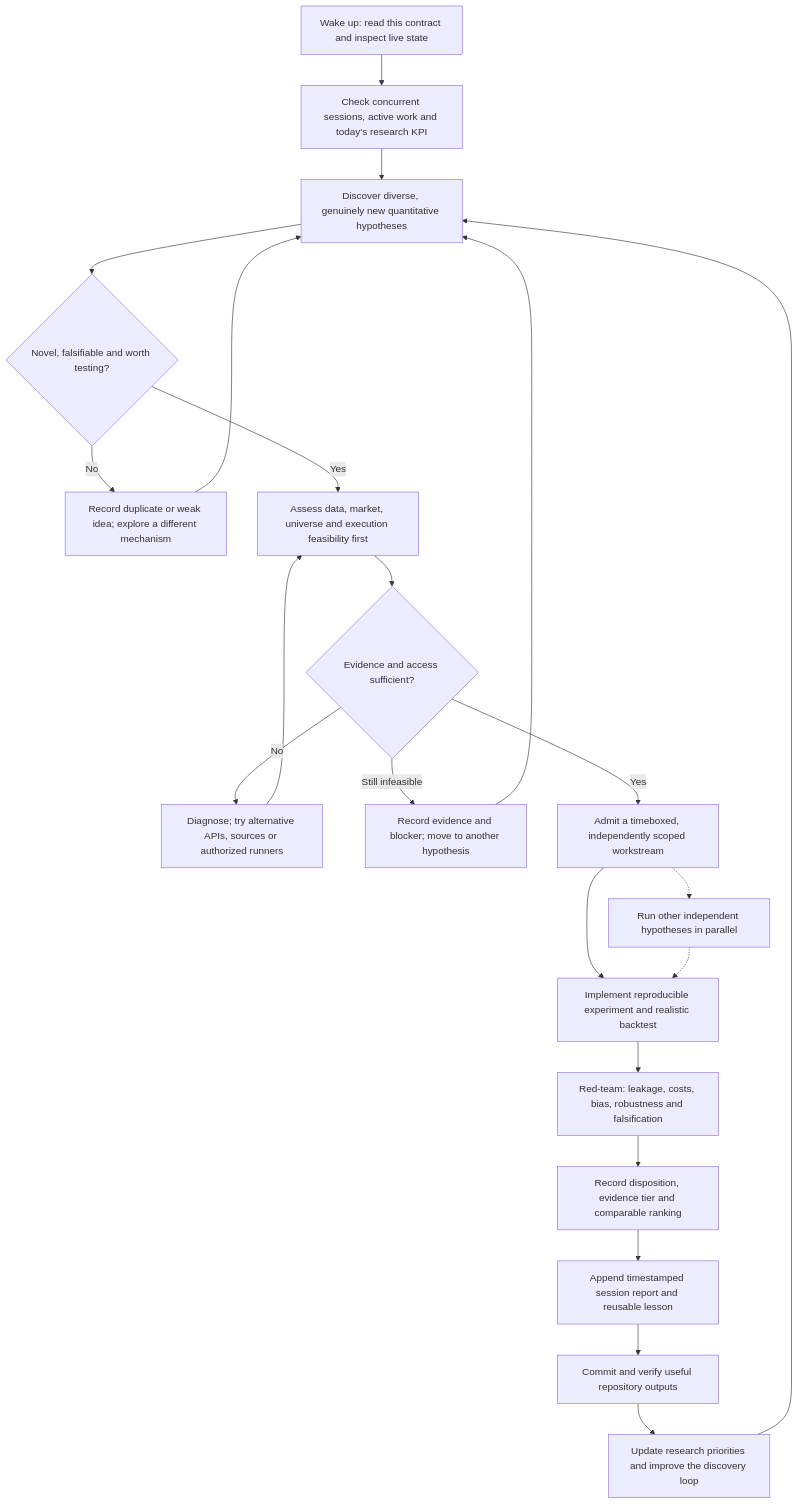
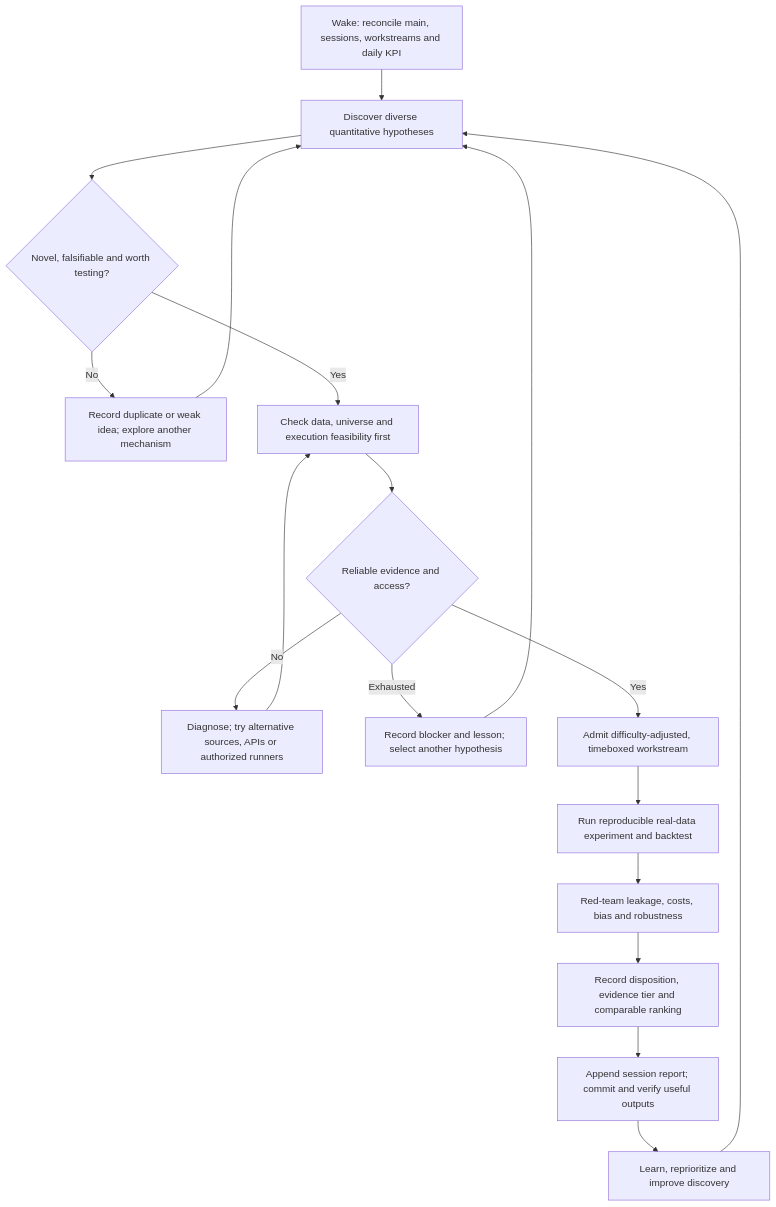
Before and after one commit to takenthatusernameis-collab/QUANTITATIVE-FINANCE-RESEARCH: the diagram in README.md, drawn with Mermaid. The commit also changed other lines of this file, not shown here.

Commit message:
Tighten research-first wake-up contract after review

````diff
--- a/README.md
+++ b/README.md
@@ -11,24 +11,20 @@
 ```mermaid
 flowchart TD
-    A[Wake up: read this contract and inspect live state] --> B[Check concurrent sessions, active work and today's research KPI]
-    B --> C[Discover diverse, genuinely new quantitative hypotheses]
-    C --> D{Novel, falsifiable and worth testing?}
-    D -->|No| E[Record duplicate or weak idea; explore a different mechanism]
-    E --> C
-    D -->|Yes| F[Assess data, market, universe and execution feasibility first]
-    F --> G{Evidence and access sufficient?}
-    G -->|No| H[Diagnose; try alternative APIs, sources or authorized runners]
-    H --> F
-    G -->|Still infeasible| I[Record evidence and blocker; move to another hypothesis]
-    I --> C
-    G -->|Yes| J[Admit a timeboxed, independently scoped workstream]
-    J --> K[Implement reproducible experiment and realistic backtest]
-    K --> L[Red-team: leakage, costs, bias, robustness and falsification]
-    L --> M[Record disposition, evidence tier and comparable ranking]
-    M --> N[Append timestamped session report and reusable lesson]
-    N --> O[Commit and verify useful repository outputs]
-    O --> P[Update research priorities and improve the discovery loop]
-    P --> C
-    J -.-> Q[Run other independent hypotheses in parallel]
-    Q -.-> K
+    A[Wake: reconcile main, sessions, workstreams and daily KPI] --> B[Discover diverse quantitative hypotheses]
+    B --> C{Novel, falsifiable and worth testing?}
+    C -->|No| D[Record duplicate or weak idea; explore another mechanism]
+    D --> B
+    C -->|Yes| E[Check data, universe and execution feasibility first]
+    E --> F{Reliable evidence and access?}
+    F -->|No| G[Diagnose; try alternative sources, APIs or authorized runners]
+    G --> E
+    F -->|Exhausted| H[Record blocker and lesson; select another hypothesis]
+    H --> B
+    F -->|Yes| I[Admit difficulty-adjusted, timeboxed workstream]
+    I --> J[Run reproducible real-data experiment and backtest]
+    J --> K[Red-team leakage, costs, bias and robustness]
+    K --> L[Record disposition, evidence tier and comparable ranking]
+    L --> M[Append session report; commit and verify useful outputs]
+    M --> N[Learn, reprioritize and improve discovery]
+    N --> B
 ```
````
